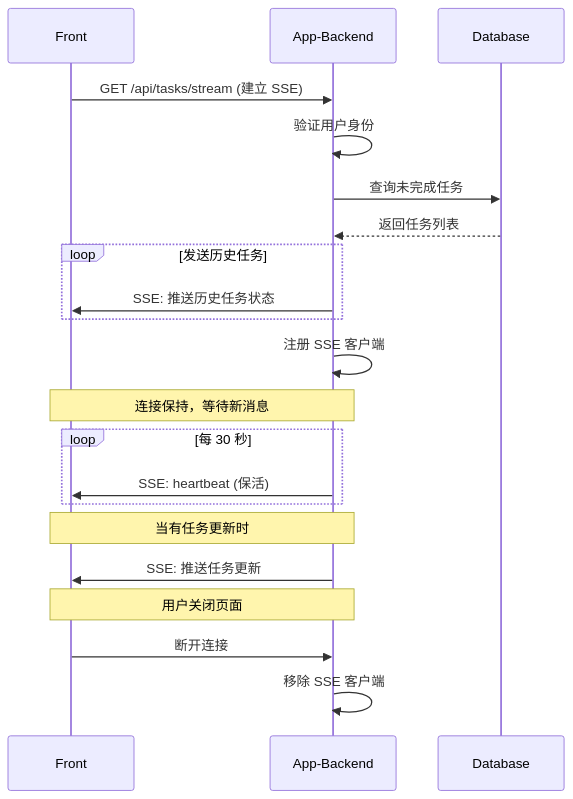
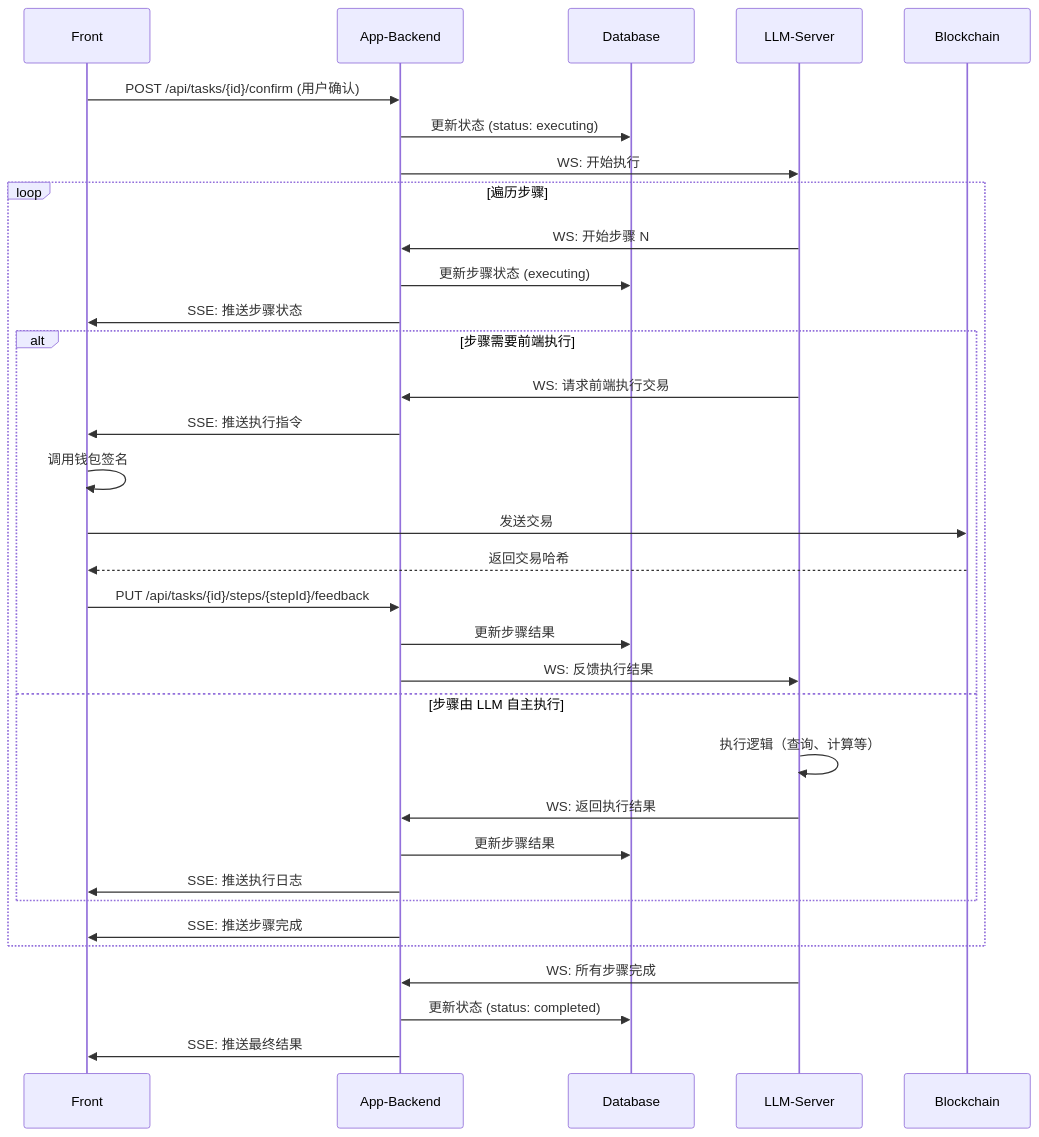
One commit to yingjianzh/iodraw-files changed the diagram in all/未命名-10.md. Above: the diagram before and after it, drawn with Mermaid.

Commit message:
2025-12-17 15:30:33 update

````diff
--- a/all/未命名-10.md
+++ b/all/未命名-10.md
@@ -1,30 +1,40 @@
 ```mermaid
 sequenceDiagram
     participant F as Front
     participant A as App-Backend
     participant D as Database
+    participant L as LLM-Server
+    participant B as Blockchain
     
-    F->>A: GET /api/tasks/stream (建立 SSE)
-    A->>A: 验证用户身份
-    A->>D: 查询未完成任务
-    D-->>A: 返回任务列表
+    F->>A: POST /api/tasks/{id}/confirm (用户确认)
+    A->>D: 更新状态 (status: executing)
+    A->>L: WS: 开始执行
     
-    loop 发送历史任务
-        A->>F: SSE: 推送历史任务状态
+    loop 遍历步骤
+        L->>A: WS: 开始步骤 N
+        A->>D: 更新步骤状态 (executing)
+        A->>F: SSE: 推送步骤状态
+        
+        alt 步骤需要前端执行
+            L->>A: WS: 请求前端执行交易
+            A->>F: SSE: 推送执行指令
+            F->>F: 调用钱包签名
+            F->>B: 发送交易
+            B-->>F: 返回交易哈希
+            F->>A: PUT /api/tasks/{id}/steps/{stepId}/feedback
+            A->>D: 更新步骤结果
+            A->>L: WS: 反馈执行结果
+        else 步骤由 LLM 自主执行
+            L->>L: 执行逻辑（查询、计算等）
+            L->>A: WS: 返回执行结果
+            A->>D: 更新步骤结果
+            A->>F: SSE: 推送执行日志
+        end
+        
+        A->>F: SSE: 推送步骤完成
     end
     
-    A->>A: 注册 SSE 客户端
-    
-    Note over F,A: 连接保持，等待新消息
-    
-    loop 每 30 秒
-        A->>F: SSE: heartbeat (保活)
-    end
-    
-    Note over F,A: 当有任务更新时
-    A->>F: SSE: 推送任务更新
-    
-    Note over F,A: 用户关闭页面
-    F->>A: 断开连接
-    A->>A: 移除 SSE 客户端
+    L->>A: WS: 所有步骤完成
+    A->>D: 更新状态 (status: completed)
+    A->>F: SSE: 推送最终结果
 ```
````
